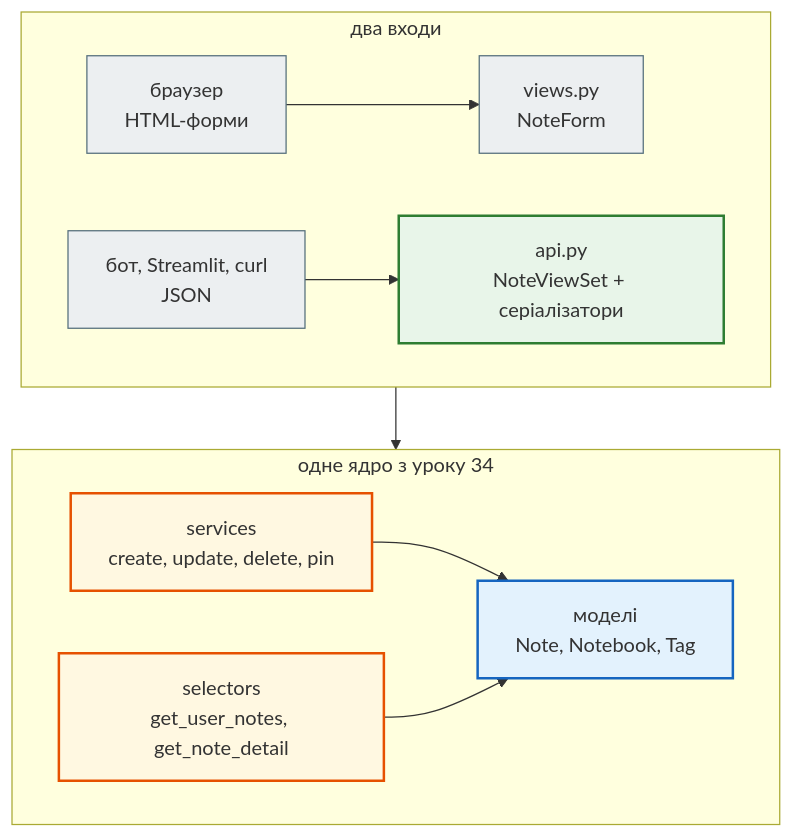
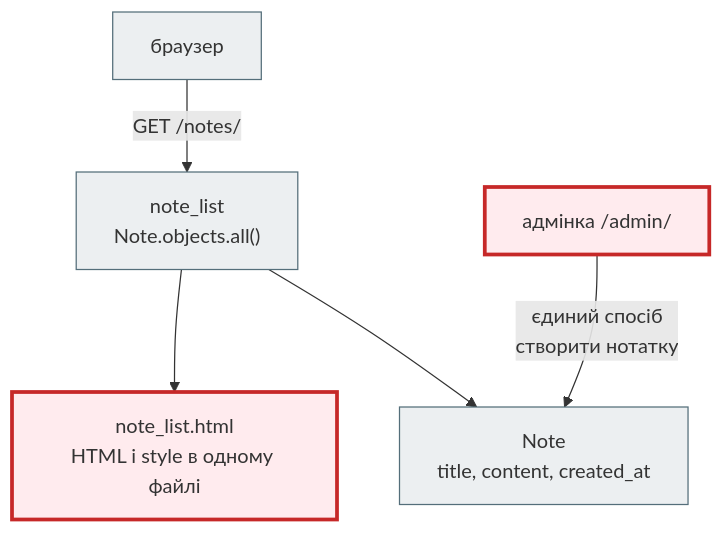
Before and after one commit to AlinaRadchenko/PY-Course-Victor-Nikoriak-22-09-2026: the first of 4 diagrams in docs/modules/m4/lesson_35.md, drawn with Mermaid. The commit also changed other lines of this file and 1846 other files, not shown here.

````diff
--- a/docs/modules/m4/lesson_35.md
+++ b/docs/modules/m4/lesson_35.md
@@ -57,26 +40,16 @@
 ```mermaid
 flowchart TD
     classDef step     fill:#eceff1,stroke:#546e7a,stroke-width:1px;
     classDef decision fill:#e3f2fd,stroke:#1565c0,stroke-width:2px;
     classDef success  fill:#e8f5e9,stroke:#2e7d32,stroke-width:2px;
     classDef error    fill:#ffebee,stroke:#c62828,stroke-width:3px;
     classDef warning  fill:#fff8e1,stroke:#e65100,stroke-width:2px;
 
-    subgraph IN ["два входи"]
-        direction LR
-        BR["браузер<br>HTML-форми"] --> HV["views.py<br>NoteForm"]
-        CL["бот, Streamlit, curl<br>JSON"] --> AV["api.py<br>NoteViewSet + серіалізатори"]
-    end
-    subgraph CORE ["одне ядро з уроку 34"]
-        direction LR
-        SV["services<br>create, update, delete, pin"] --> M["моделі<br>Note, Notebook, Tag"]
-        SL["selectors<br>get_user_notes, get_note_detail"] --> M
-    end
-    IN --> CORE
+    B["браузер"] -- "GET /notes/" --> V["note_list<br>Note.objects.all()"]
+    V --> T["note_list.html<br>HTML і style в одному файлі"]
+    A["адмінка /admin/"] -- "єдиний спосіб<br>створити нотатку" --> M["Note<br>title, content, created_at"]
+    V --> M
 
-    class BR,CL step
-    class HV step
-    class AV success
-    class SV,SL warning
-    class M decision
+    class B,V,M step
+    class T,A error
 ```
````
